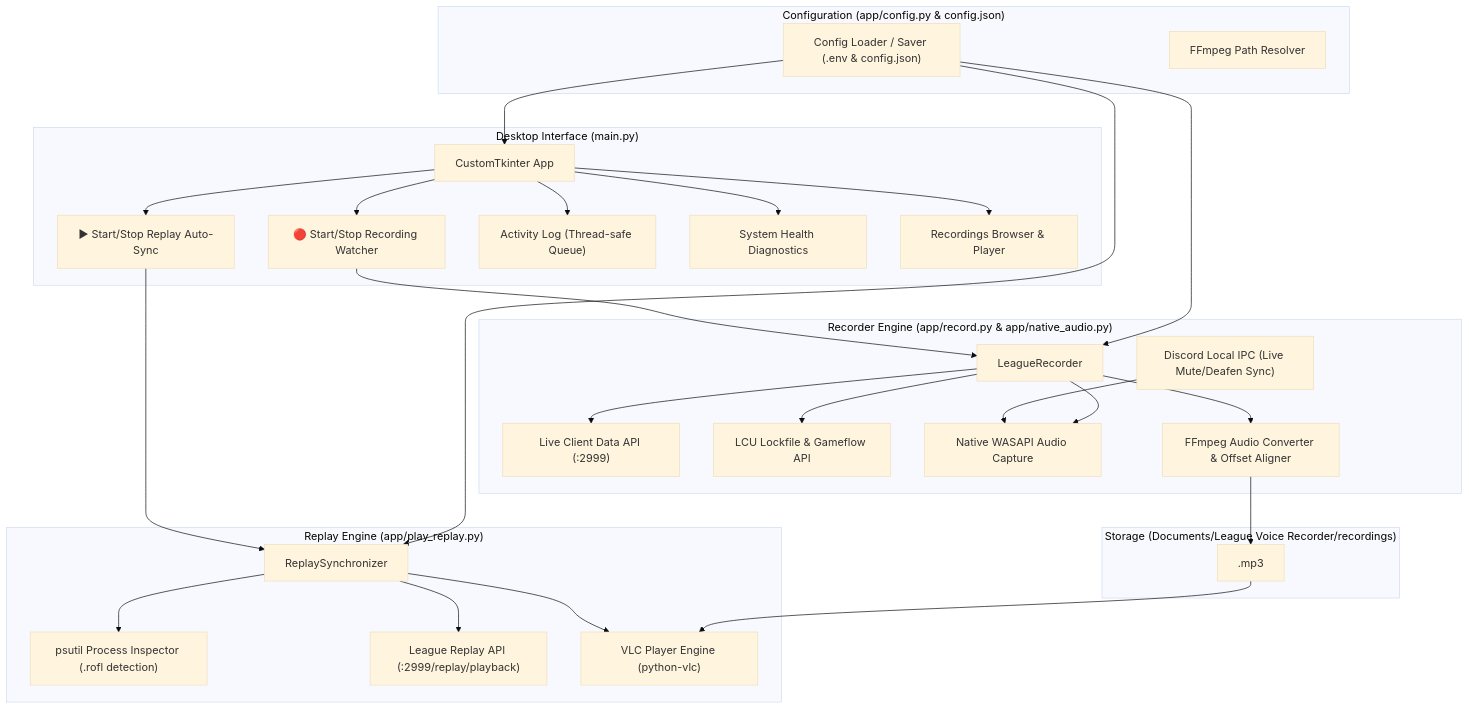
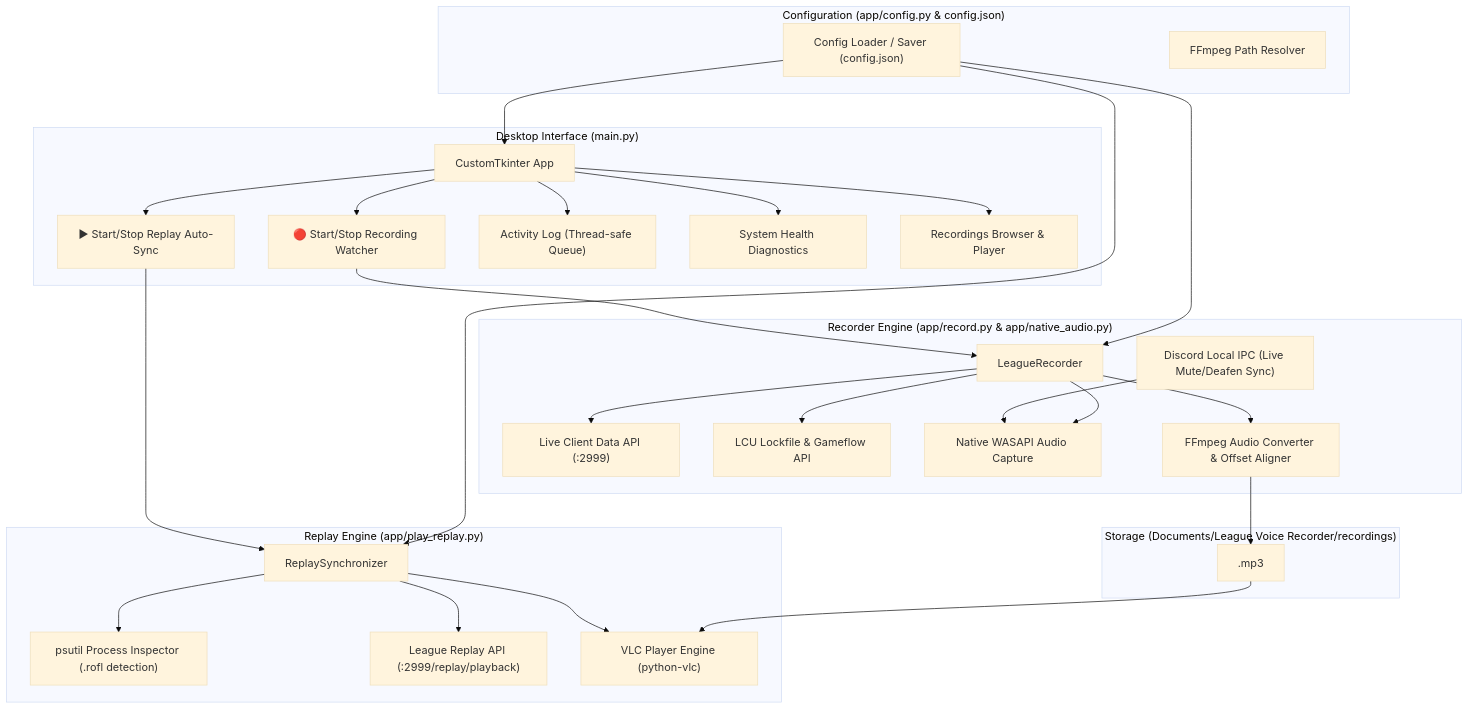
One commit to betterix/league-voice-recorder changed the diagram in README.md. Above: the diagram before and after it, drawn with Mermaid (base theme). The commit also changed other lines of this file and 21 other files, not shown here.

````diff
--- a/README.md
+++ b/README.md
@@ -101,53 +101,53 @@
 ```mermaid
 flowchart TD
     subgraph UI_Layer ["Desktop Interface (main.py)"]
         GUI["CustomTkinter App"]
         RecBtn["🔴 Start/Stop Recording Watcher"]
         RepBtn["▶ Start/Stop Replay Auto-Sync"]
         LogBox["Activity Log (Thread-safe Queue)"]
         HealthRibbon["System Health Diagnostics"]
         RecExplorer["Recordings Browser & Player"]
     end
 
     subgraph Config_Layer ["Configuration (app/config.py & config.json)"]
-        Cfg["Config Loader / Saver (.env & config.json)"]
+        Cfg["Config Loader / Saver (config.json)"]
         FFmpegHelper["FFmpeg Path Resolver"]
     end
 
     subgraph Recorder_Engine ["Recorder Engine (app/record.py & app/native_audio.py)"]
         LeagueRec["LeagueRecorder"]
         LiveAPI["Live Client Data API (:2999)"]
         LCULockfile["LCU Lockfile & Gameflow API"]
         DiscordIPC["Discord Local IPC (Live Mute/Deafen Sync)"]
         NativeWASAPI["Native WASAPI Audio Capture"]
         FFmpegProc["FFmpeg Audio Converter & Offset Aligner"]
     end
 
     subgraph Replay_Engine ["Replay Engine (app/play_replay.py)"]
         ReplaySync["ReplaySynchronizer"]
         ProcIter["psutil Process Inspector (.rofl detection)"]
         ReplayAPI["League Replay API (:2999/replay/playback)"]
         VLC["VLC Player Engine (python-vlc)"]
     end
 
     subgraph Storage ["Storage (Documents/League Voice Recorder/recordings)"]
         AudioFiles["<GameID>.mp3"]
     end
 
     GUI --> RecBtn & RepBtn & LogBox & HealthRibbon & RecExplorer
     RecBtn --> LeagueRec
     RepBtn --> ReplaySync
     Cfg --> LeagueRec & ReplaySync & GUI
 
     LeagueRec --> LiveAPI
     LeagueRec --> LCULockfile
     DiscordIPC --> NativeWASAPI
     LeagueRec --> NativeWASAPI
     LeagueRec --> FFmpegProc
     FFmpegProc --> AudioFiles
 
     ReplaySync --> ProcIter
     ReplaySync --> ReplayAPI
     ReplaySync --> VLC
     AudioFiles --> VLC
 ```
````
